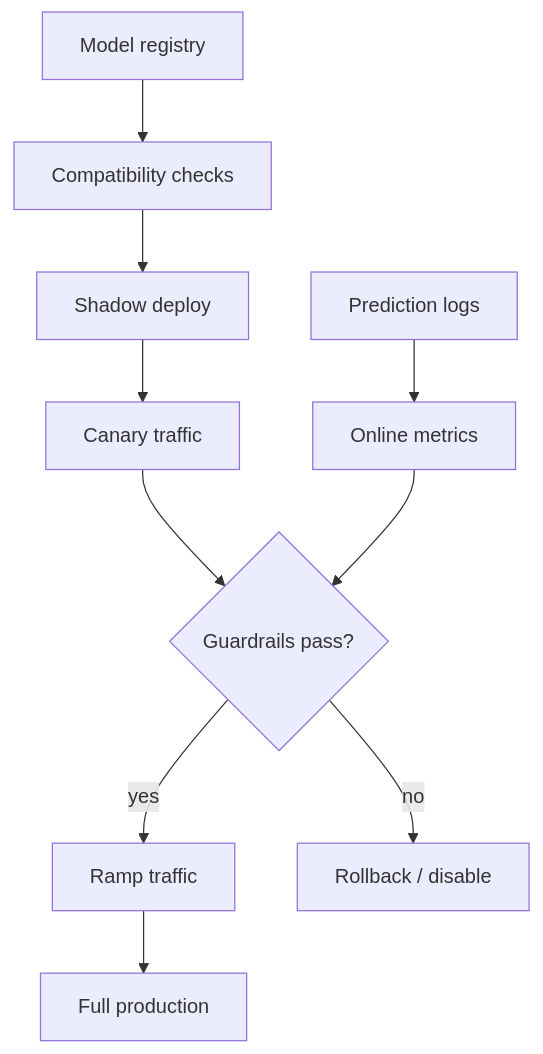
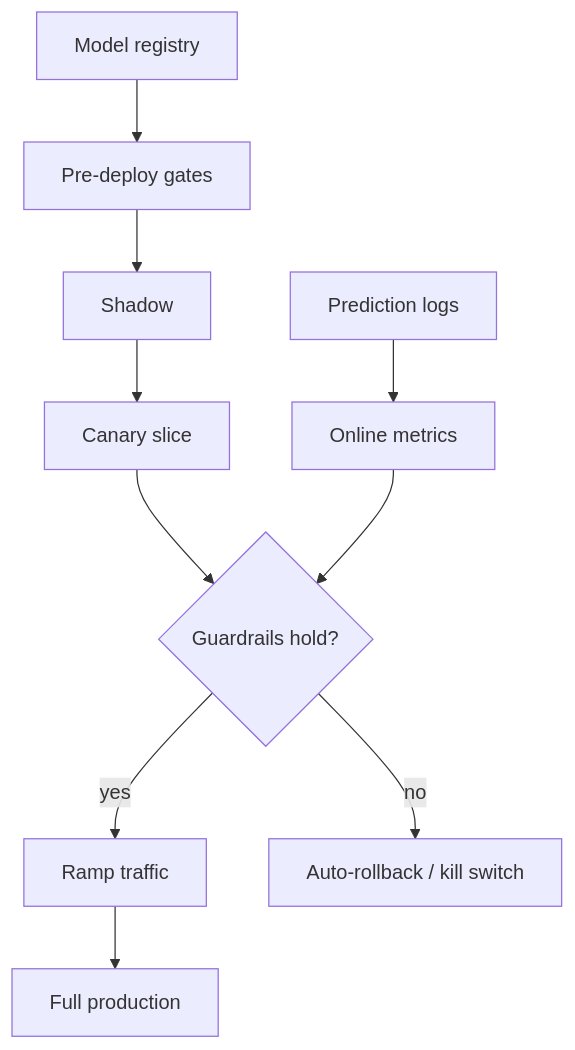
Before and after one commit to binarydevelop/system-design-patterns: the second of 2 diagrams in 16-ml-systems/06-model-deployment-rollouts.md, drawn with Mermaid. The commit also changed other lines of this file and 5 other files, not shown here.

````diff
--- a/16-ml-systems/06-model-deployment-rollouts.md
+++ b/16-ml-systems/06-model-deployment-rollouts.md
@@ -59,13 +114,12 @@
 ```mermaid
 flowchart TB
-    REG["Model registry"] --> CHECK["Compatibility checks"]
-    CHECK --> SHADOW["Shadow deploy"]
-    SHADOW --> CANARY["Canary traffic"]
-    CANARY --> GATE{"Guardrails pass?"}
+    REG["Model registry"] --> CHECK["Pre-deploy gates"]
+    CHECK --> SHADOW["Shadow"]
+    SHADOW --> CANARY["Canary slice"]
+    CANARY --> GATE{"Guardrails hold?"}
     GATE -->|"yes"| RAMP["Ramp traffic"]
-    GATE -->|"no"| ROLLBACK["Rollback / disable"]
+    GATE -->|"no"| ROLLBACK["Auto-rollback / kill switch"]
     RAMP --> FULL["Full production"]
-
     LOG["Prediction logs"] --> METRICS["Online metrics"]
     METRICS --> GATE
 ```
````
